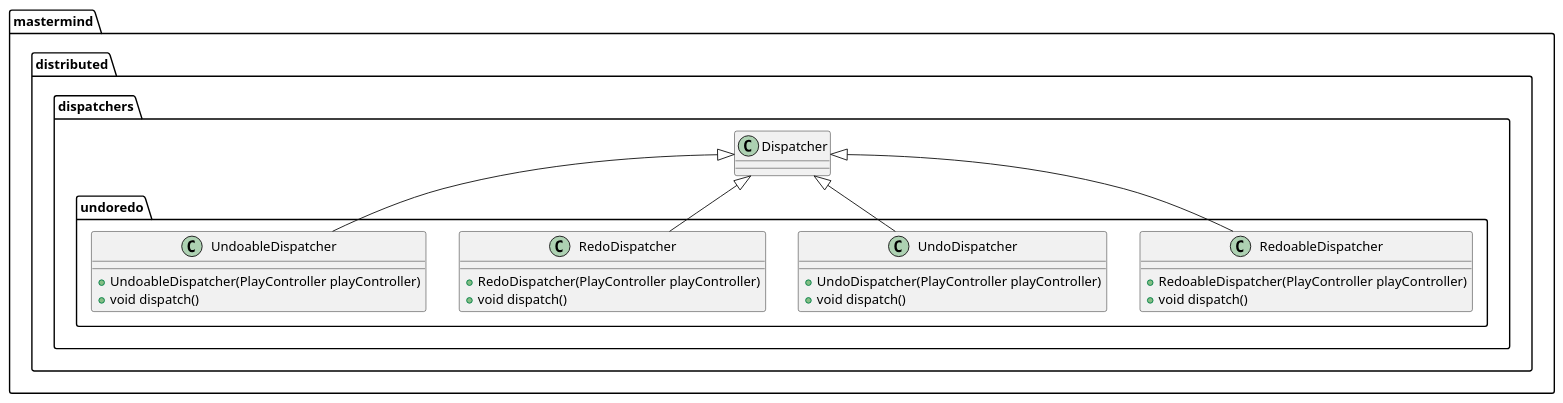
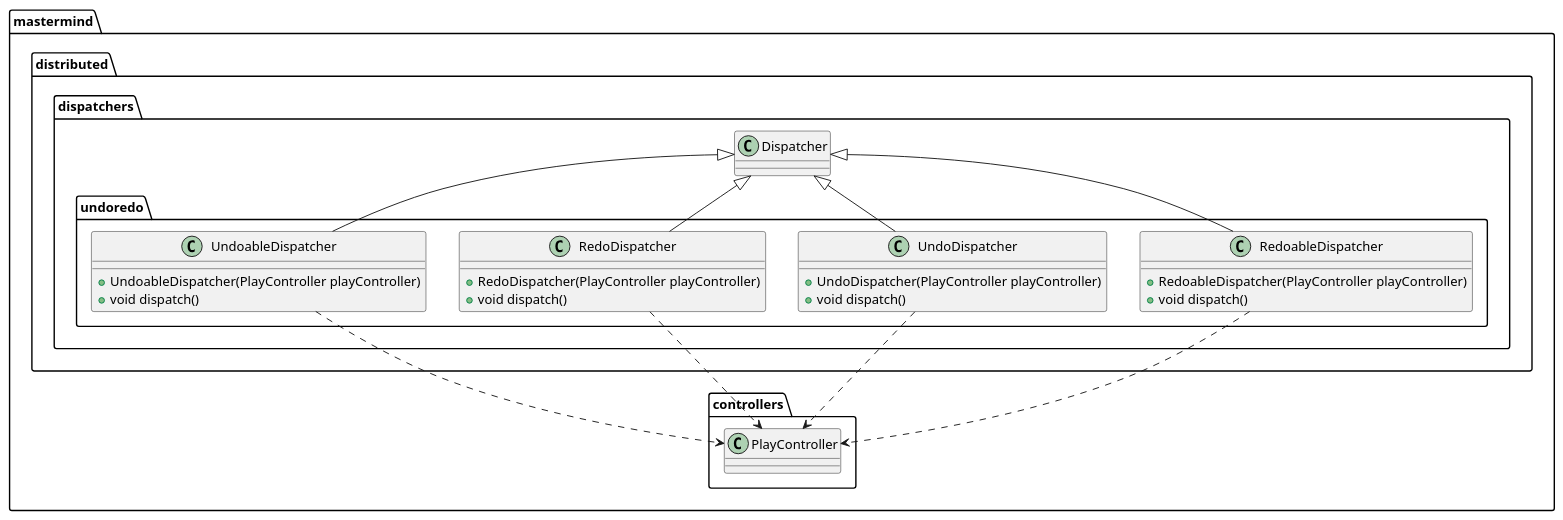
Before and after one commit to jprieto92/mastermindClientServer: the diagram in docs/sources/paqueteMastermindDistributedDispatchersUndoRedo.iuml, drawn with PlantUML. The commit also changed 9 other files, not shown here.

Commit message:
Update some UML diagrams with use relationships

```diff
--- a/docs/sources/paqueteMastermindDistributedDispatchersUndoRedo.iuml
+++ b/docs/sources/paqueteMastermindDistributedDispatchersUndoRedo.iuml
@@ -1,27 +1,34 @@
 @startuml
 
 class mastermind.distributed.dispatchers.undoredo.RedoableDispatcher [[java:jprieto.mastermind.distributed.dispatchers.undoredo.RedoableDispatcher]] {
 	+RedoableDispatcher(PlayController playController)
 	+void dispatch()
 }
 mastermind.distributed.dispatchers.Dispatcher <|-- mastermind.distributed.dispatchers.undoredo.RedoableDispatcher
+mastermind.distributed.dispatchers.undoredo.RedoableDispatcher ..> mastermind.controllers.PlayController
 
 class mastermind.distributed.dispatchers.undoredo.UndoDispatcher [[java:jprieto.mastermind.distributed.dispatchers.undoredo.UndoDispatcher]] {
 	+UndoDispatcher(PlayController playController)
 	+void dispatch()
 }
 mastermind.distributed.dispatchers.Dispatcher <|-- mastermind.distributed.dispatchers.undoredo.UndoDispatcher
+mastermind.distributed.dispatchers.undoredo.UndoDispatcher ..> mastermind.controllers.PlayController
+
 
 class mastermind.distributed.dispatchers.undoredo.RedoDispatcher [[java:jprieto.mastermind.distributed.dispatchers.undoredo.RedoDispatcher]] {
 	+RedoDispatcher(PlayController playController)
 	+void dispatch()
 }
 mastermind.distributed.dispatchers.Dispatcher <|-- mastermind.distributed.dispatchers.undoredo.RedoDispatcher
+mastermind.distributed.dispatchers.undoredo.RedoDispatcher ..> mastermind.controllers.PlayController
+
 
 class mastermind.distributed.dispatchers.undoredo.UndoableDispatcher [[java:jprieto.mastermind.distributed.dispatchers.undoredo.UndoableDispatcher]] {
 	+UndoableDispatcher(PlayController playController)
 	+void dispatch()
 }
 mastermind.distributed.dispatchers.Dispatcher <|-- mastermind.distributed.dispatchers.undoredo.UndoableDispatcher
+mastermind.distributed.dispatchers.undoredo.UndoableDispatcher ..> mastermind.controllers.PlayController
+
 
 @enduml
```
